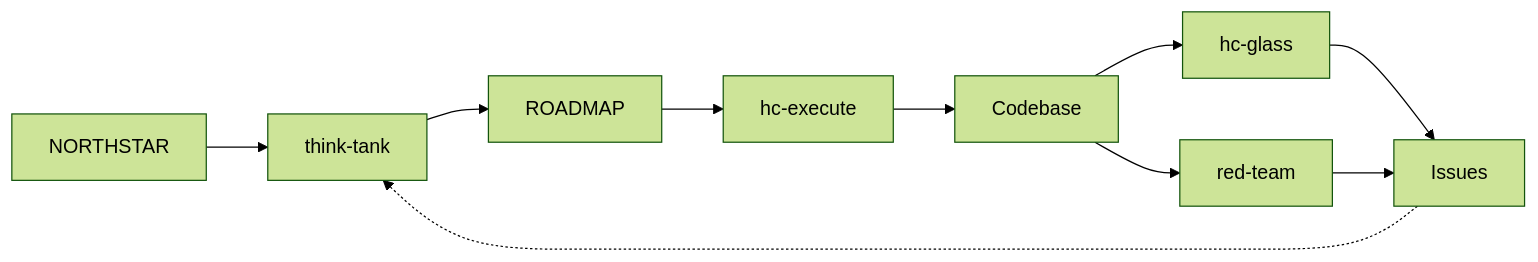
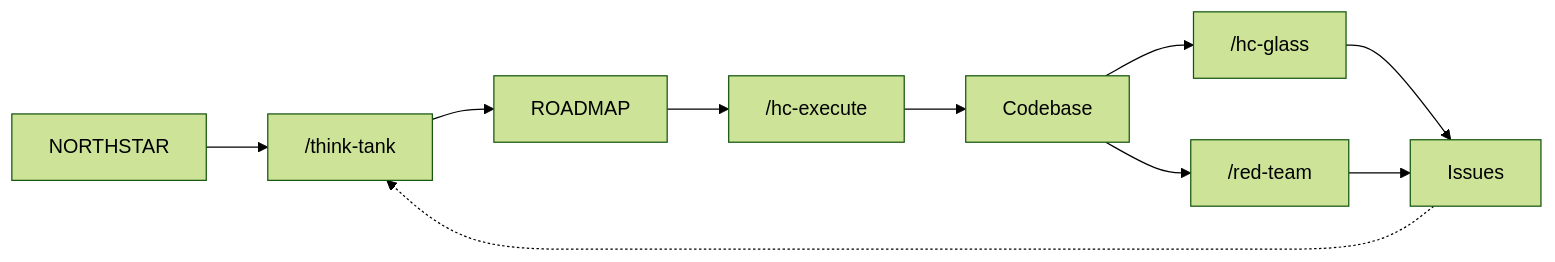
Before and after one commit to HyerAI/H-Claude: the diagram in .claude/PM/index.md, drawn with Mermaid (forest theme). The commit also changed other lines of this file and 22 other files, not shown here.

````diff
--- a/.claude/PM/index.md
+++ b/.claude/PM/index.md
@@ -47,12 +113,12 @@
 ```mermaid
 graph LR
-    A[NORTHSTAR] --> B[think-tank]
+    A[NORTHSTAR] --> B["/think-tank"]
     B --> C[ROADMAP]
-    C --> D[hc-execute]
+    C --> D["/hc-execute"]
     D --> E[Codebase]
-    E --> F[hc-glass]
-    E --> G[red-team]
+    E --> F["/hc-glass"]
+    E --> G["/red-team"]
     F --> H[Issues]
     G --> H
     H -.-> B
 ```
````
